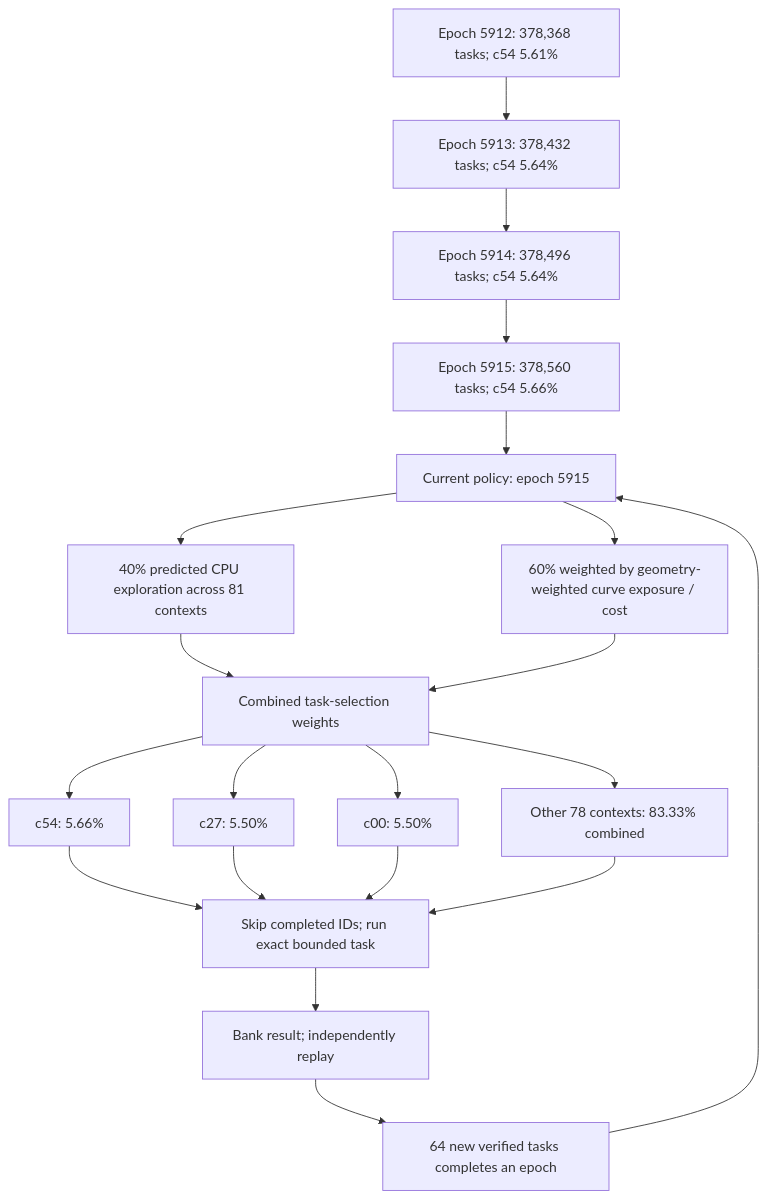
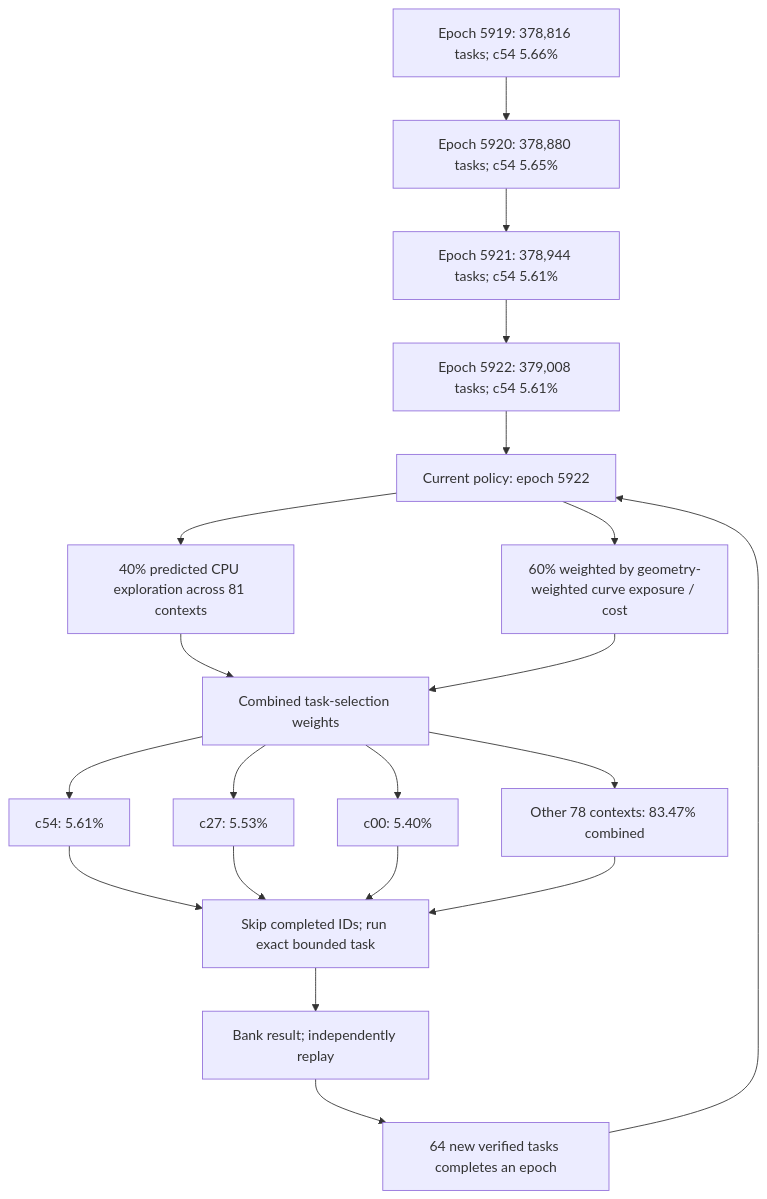
The first of 3 diagrams in README.md (Kuberwastaken/math-gambling), drawn with Mermaid before and after one commit. The commit also changed other lines of this file and 2463 other files, not shown here.

````diff
--- a/README.md
+++ b/README.md
@@ -60,27 +60,27 @@
 ```mermaid
 flowchart TD
-    H0["Epoch 5912: 378,368 tasks; c54 5.61%"]
-    H1["Epoch 5913: 378,432 tasks; c54 5.64%"]
+    H0["Epoch 5919: 378,816 tasks; c54 5.66%"]
+    H1["Epoch 5920: 378,880 tasks; c54 5.65%"]
     H0 --> H1
-    H2["Epoch 5914: 378,496 tasks; c54 5.64%"]
+    H2["Epoch 5921: 378,944 tasks; c54 5.61%"]
     H1 --> H2
-    H3["Epoch 5915: 378,560 tasks; c54 5.66%"]
+    H3["Epoch 5922: 379,008 tasks; c54 5.61%"]
     H2 --> H3
-    Policy["Current policy: epoch 5915"]
+    Policy["Current policy: epoch 5922"]
     H3 --> Policy
     Policy --> Explore["40% predicted CPU exploration across 81 contexts"]
     Policy --> Cost["60% weighted by geometry-weighted curve exposure / cost"]
     Explore --> Mix["Combined task-selection weights"]
     Cost --> Mix
-    Mix --> C0["c54: 5.66%"]
-    Mix --> C1["c27: 5.50%"]
-    Mix --> C2["c00: 5.50%"]
-    Mix --> Rest["Other 78 contexts: 83.33% combined"]
+    Mix --> C0["c54: 5.61%"]
+    Mix --> C1["c27: 5.53%"]
+    Mix --> C2["c00: 5.40%"]
+    Mix --> Rest["Other 78 contexts: 83.47% combined"]
     C0 --> Check["Skip completed IDs; run exact bounded task"]
     C1 --> Check
     C2 --> Check
     Rest --> Check
     Check --> Replay["Bank result; independently replay"]
     Replay --> Gate["64 new verified tasks completes an epoch"]
     Gate --> Policy
 ```
````
